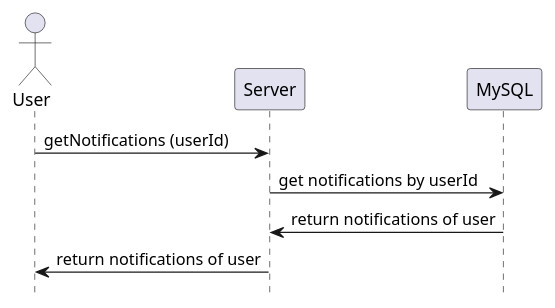
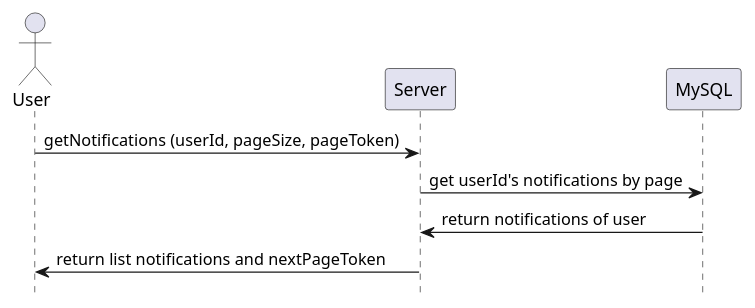
Before and after one commit to noradomi/foo-app: the diagram in documents/sequence diagrams/view-notifications.puml, drawn with PlantUML. The commit also changed 32 other files, not shown here.

```diff
--- a/documents/sequence diagrams/view-notifications.puml
+++ b/documents/sequence diagrams/view-notifications.puml
@@ -1,8 +1,8 @@
-@startuml view-transactions-history
+@startuml view-notifications
 hide footbox
 actor "User"
-"User" -> "Server": getNotifications (userId)
-"Server" -> "MySQL": get notifications by userId
+"User" -> "Server": getNotifications (userId, pageSize, pageToken)
+"Server" -> "MySQL": get userId's notifications by page
 "MySQL" -> "Server": return notifications of user
-"Server" -> "User": return notifications of user
+"Server" -> "User": return list notifications and nextPageToken
 @enduml
```
